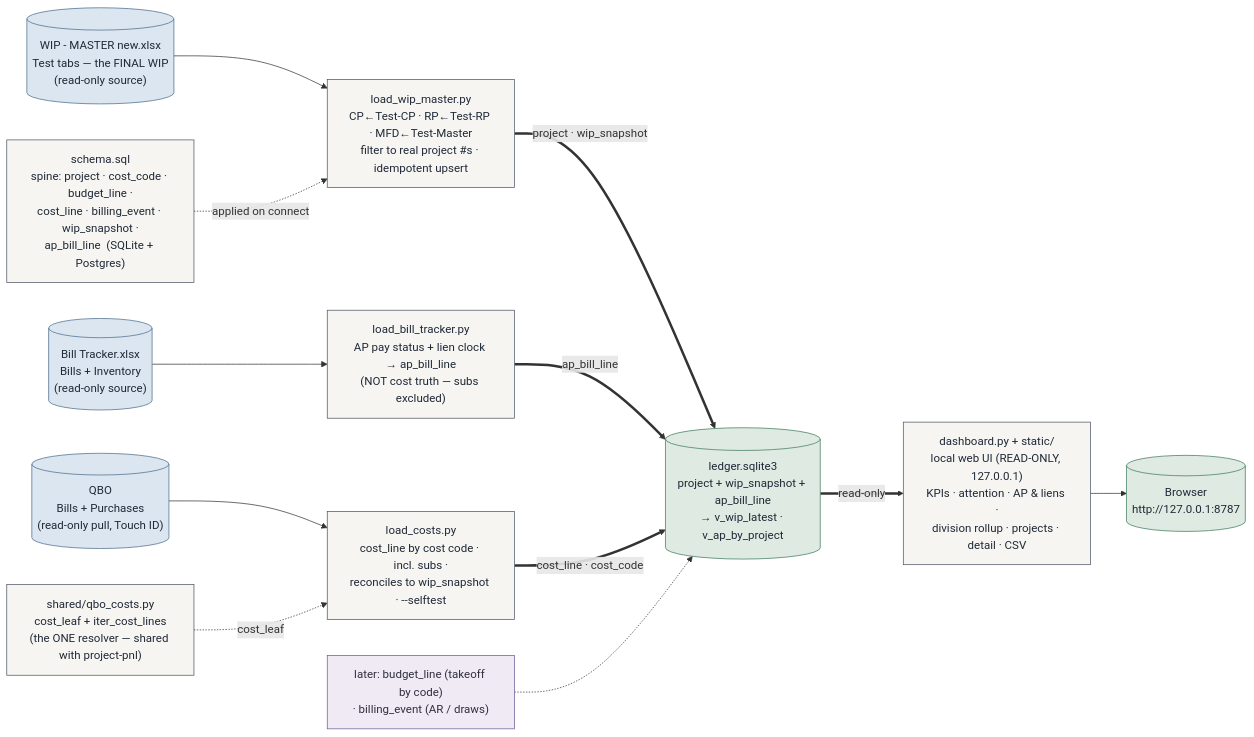
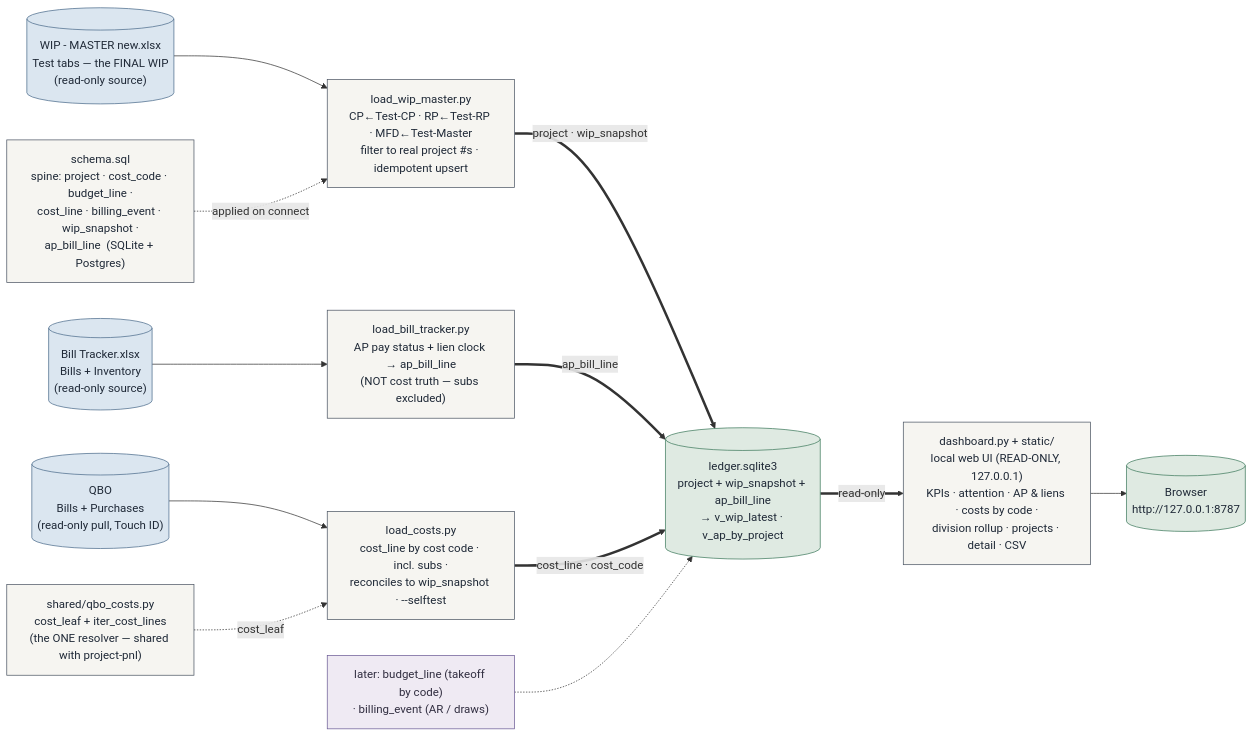
Before and after one commit to Ecarlo-Proficient/Claude-Report: the fourth of 6 diagrams in docs/ARCHITECTURE.md, drawn with Mermaid. The commit also changed 6 other files, not shown here.

First line of the commit message:
ledger/dashboard: cost-code drill (Costs-by-code widget + per-job breakdown)

````diff
--- a/docs/ARCHITECTURE.md
+++ b/docs/ARCHITECTURE.md
@@ -252,31 +252,31 @@
 ```mermaid
 flowchart LR
     classDef src fill:#dbe6f0,stroke:#4A6B8A,color:#1f2937
     classDef tool fill:#f6f5f1,stroke:#4b5563,color:#1f2937
     classDef out fill:#dfeae2,stroke:#3E7A5C,color:#1f2937
     classDef future fill:#efeaf3,stroke:#6b5b95,color:#312e40
 
     TEST[("WIP - MASTER new.xlsx\nTest tabs — the FINAL WIP\n(read-only source)")]:::src
     BT[("Bill Tracker.xlsx\nBills + Inventory\n(read-only source)")]:::src
     SCHEMA["schema.sql\nspine: project · cost_code · budget_line ·\ncost_line · billing_event · wip_snapshot ·\nap_bill_line  (SQLite + Postgres)"]:::tool
     LOADER["load_wip_master.py\nCP←Test-CP · RP←Test-RP · MFD←Test-Master\nfilter to real project #s · idempotent upsert"]:::tool
     APLOAD["load_bill_tracker.py\nAP pay status + lien clock → ap_bill_line\n(NOT cost truth — subs excluded)"]:::tool
     DB[("ledger.sqlite3\nproject + wip_snapshot + ap_bill_line\n→ v_wip_latest · v_ap_by_project")]:::out
-    DASH["dashboard.py + static/\nlocal web UI (READ-ONLY, 127.0.0.1)\nKPIs · attention · AP & liens ·\ndivision rollup · projects · detail · CSV"]:::tool
+    DASH["dashboard.py + static/\nlocal web UI (READ-ONLY, 127.0.0.1)\nKPIs · attention · AP & liens · costs by code ·\ndivision rollup · projects · detail · CSV"]:::tool
     BROWSER[("Browser\nhttp://127.0.0.1:8787")]:::out
     QBO[("QBO\nBills + Purchases\n(read-only pull, Touch ID)")]:::src
     QCOSTS["shared/qbo_costs.py\ncost_leaf + iter_cost_lines\n(the ONE resolver — shared with project-pnl)"]:::tool
     COSTLOAD["load_costs.py\ncost_line by cost code · incl. subs ·\nreconciles to wip_snapshot · --selftest"]:::tool
     FUTURE["later: budget_line (takeoff by code)\n· billing_event (AR / draws)"]:::future
 
     TEST --> LOADER
     BT --> APLOAD
     QBO --> COSTLOAD
     QCOSTS -.->|"cost_leaf"| COSTLOAD
     SCHEMA -.->|"applied on connect"| LOADER
     LOADER ==>|"project · wip_snapshot"| DB
     APLOAD ==>|"ap_bill_line"| DB
     COSTLOAD ==>|"cost_line · cost_code"| DB
     DB ==>|"read-only"| DASH --> BROWSER
     FUTURE -.-> DB
 ```
````
